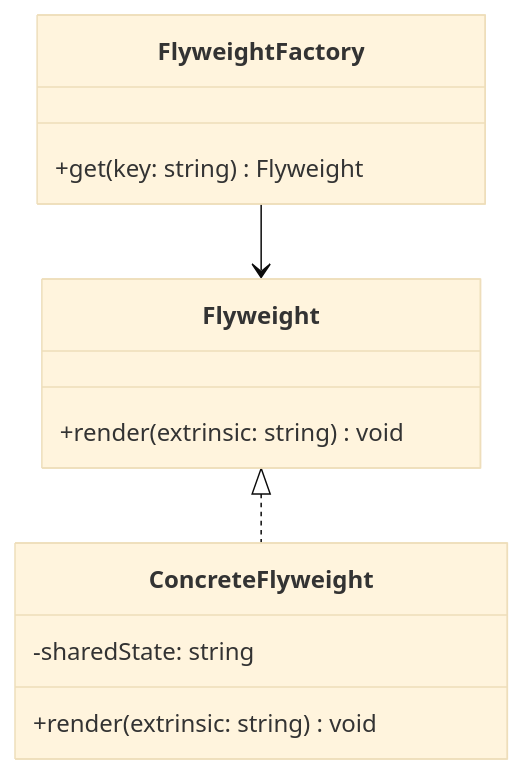
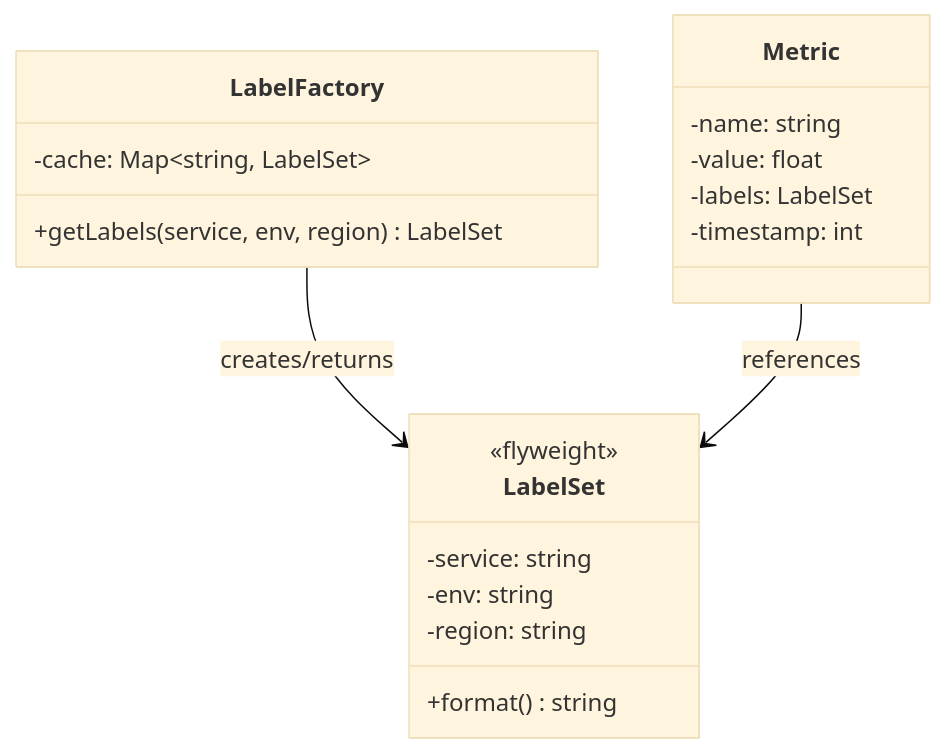
The diagram in docs/design-patterns/structural/flyweight.md (shivam-g-mishra/blog), drawn with Mermaid (base theme) before and after one commit. The commit also changed other lines of this file and 31 other files, not shown here.

````diff
--- a/docs/design-patterns/structural/flyweight.md
+++ b/docs/design-patterns/structural/flyweight.md
@@ -63,16 +92,25 @@
 ```mermaid
 classDiagram
-  class Flyweight {
-    +render(extrinsic: string) void
-  }
-  class ConcreteFlyweight {
-    -sharedState: string
-    +render(extrinsic: string) void
-  }
-  class FlyweightFactory {
-    +get(key: string) Flyweight
-  }
-
-  Flyweight <|.. ConcreteFlyweight
-  FlyweightFactory --> Flyweight
+    class LabelSet {
+        <<flyweight>>
+        -service: string
+        -env: string
+        -region: string
+        +format() string
+    }
+    
+    class LabelFactory {
+        -cache: Map~string, LabelSet~
+        +getLabels(service, env, region) LabelSet
+    }
+    
+    class Metric {
+        -name: string
+        -value: float
+        -labels: LabelSet
+        -timestamp: int
+    }
+    
+    LabelFactory --> LabelSet : creates/returns
+    Metric --> LabelSet : references
 ```
````
